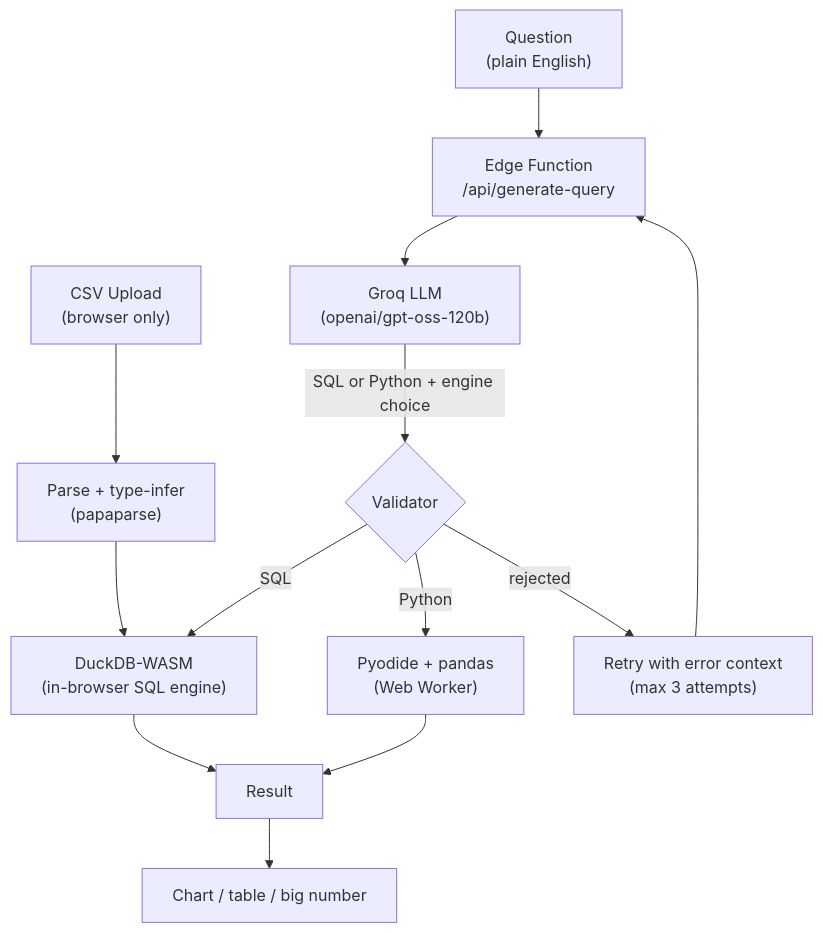
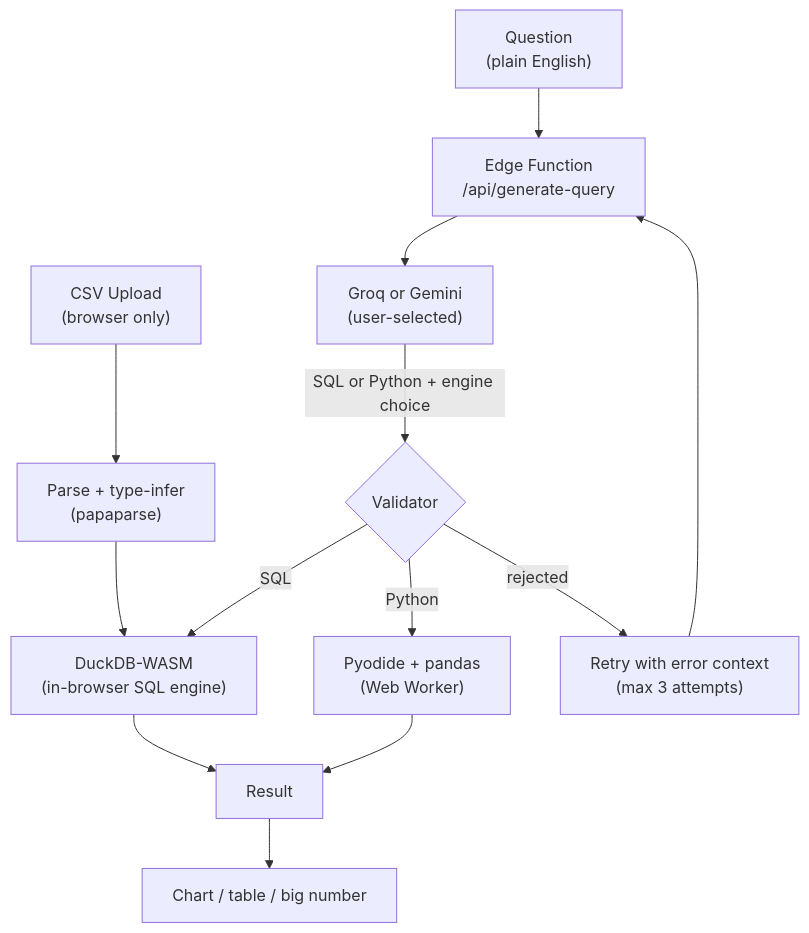
The diagram in README.md (Zephyrex21/ai-data-analyst-agent), drawn with Mermaid before and after one commit. The commit also changed other lines of this file and 16 other files, not shown here.

````diff
--- a/README.md
+++ b/README.md
@@ -21,18 +21,18 @@
 ```mermaid
 flowchart TD
     U["CSV Upload<br/>(browser only)"] --> P["Parse + type-infer<br/>(papaparse)"]
     P --> D["DuckDB-WASM<br/>(in-browser SQL engine)"]
 
     Q["Question<br/>(plain English)"] --> E["Edge Function<br/>/api/generate-query"]
-    E --> G["Groq LLM<br/>(openai/gpt-oss-120b)"]
+    E --> G["Groq or Gemini<br/>(user-selected)"]
     G -->|"SQL or Python + engine choice"| V{"Validator"}
 
     V -->|"SQL"| D
     V -->|"Python"| PY["Pyodide + pandas<br/>(Web Worker)"]
     V -->|"rejected"| R["Retry with error context<br/>(max 3 attempts)"]
     R --> E
 
     D --> RES["Result"]
     PY --> RES
     RES --> C["Chart / table / big number"]
 ```
````
